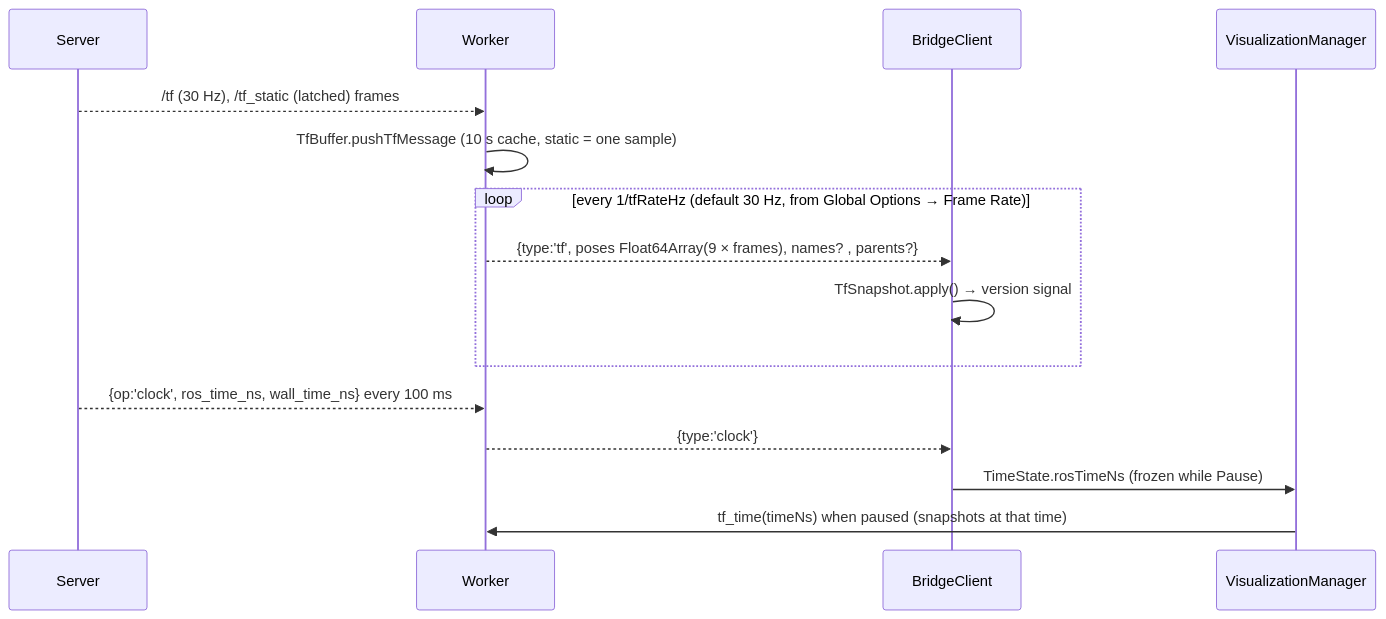
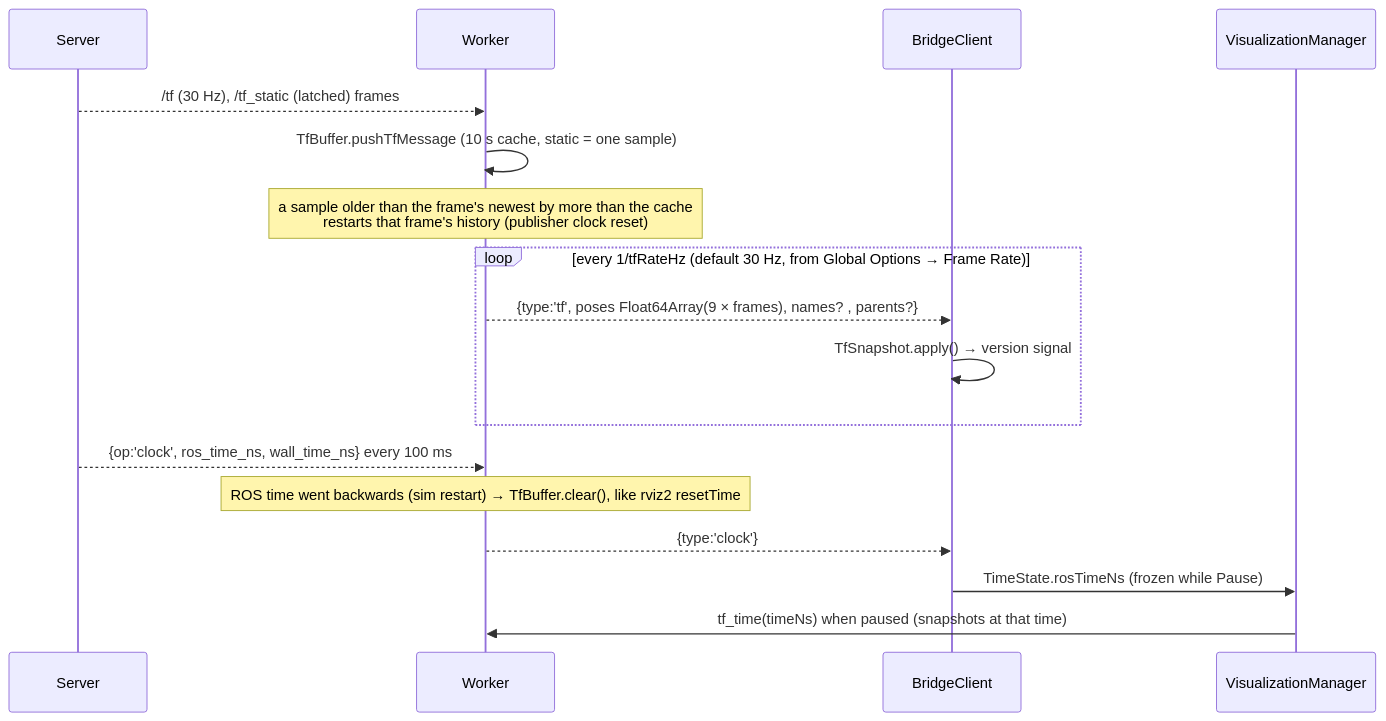
One commit to skylerpan/WebRvizLite changed the fifth of 8 diagrams in docs/architecture.md. Above: the diagram before and after it, drawn with Mermaid. The commit also changed 4 other files, not shown here.

First line of the commit message:
tf: follow a restarted publisher clock instead of keeping the old pose as latest

````diff
--- a/docs/architecture.md
+++ b/docs/architecture.md
@@ -160,18 +160,20 @@
 ```mermaid
 sequenceDiagram
   participant S as Server
   participant W as Worker
   participant C as BridgeClient
   participant V as VisualizationManager
 
   S-->>W: /tf (30 Hz), /tf_static (latched) frames
   W->>W: TfBuffer.pushTfMessage (10 s cache, static = one sample)
+  Note over W: a sample older than the frame's newest by more than the cache<br/>restarts that frame's history (publisher clock reset)
   loop every 1/tfRateHz (default 30 Hz, from Global Options → Frame Rate)
     W-->>C: {type:'tf', poses Float64Array(9 × frames), names? , parents?}
     C->>C: TfSnapshot.apply() → version signal
   end
   S-->>W: {op:'clock', ros_time_ns, wall_time_ns} every 100 ms
+  Note over W: ROS time went backwards (sim restart) → TfBuffer.clear(), like rviz2 resetTime
   W-->>C: {type:'clock'}
   C->>V: TimeState.rosTimeNs (frozen while Pause)
   V->>W: tf_time(timeNs) when paused (snapshots at that time)
 ```
````
